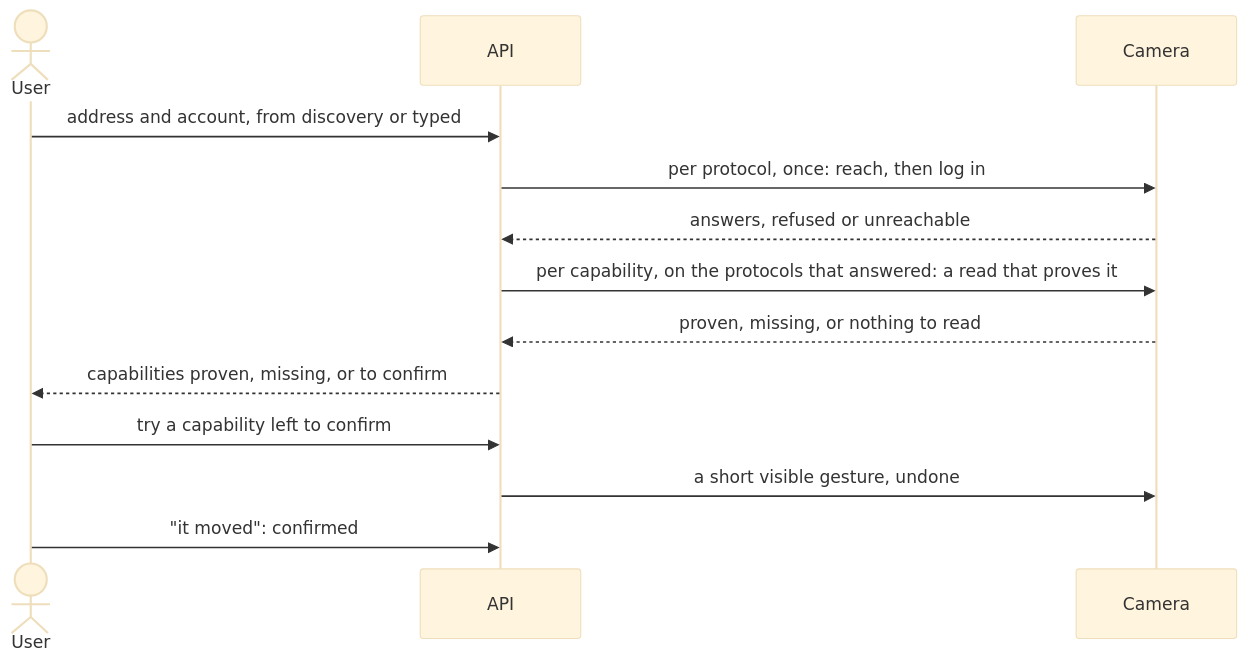
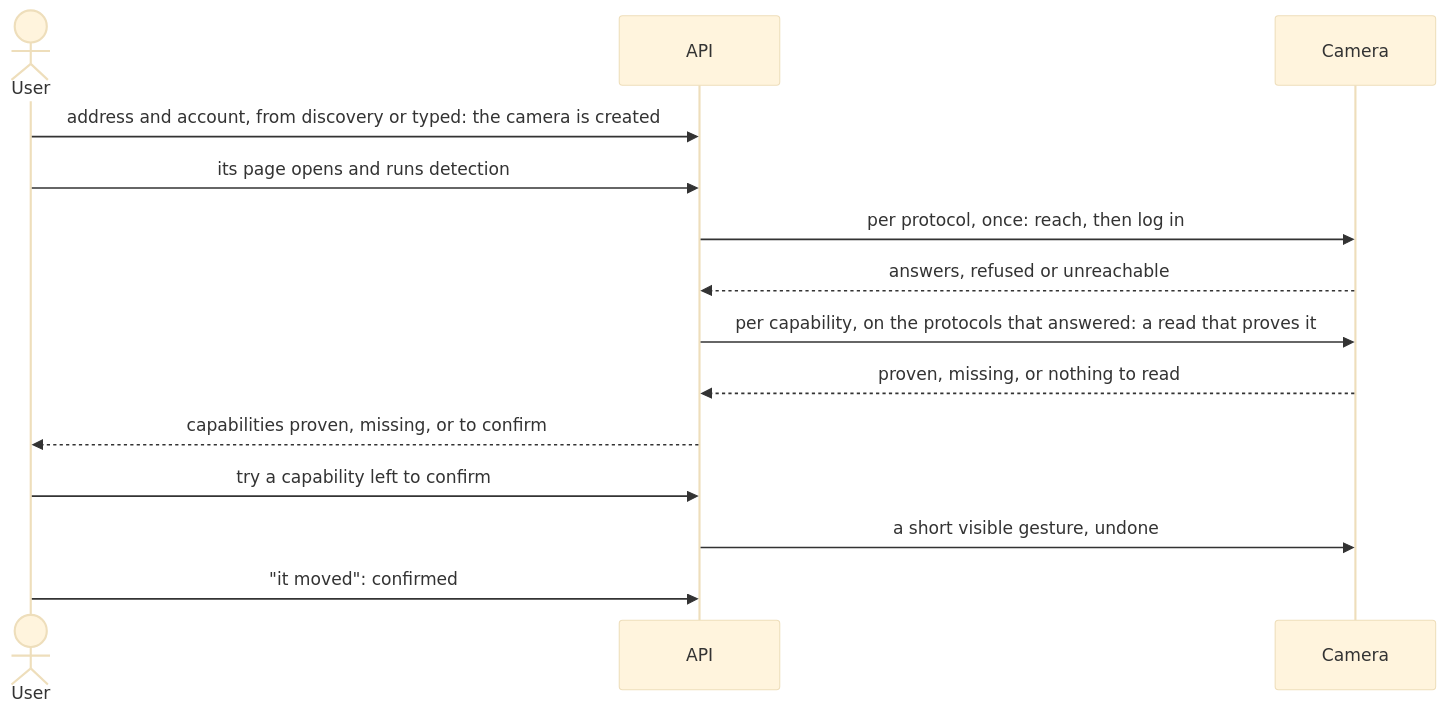
The fourth of 6 diagrams in docs/SAD.md (KelianS/vyzio), drawn with Mermaid (base theme) before and after one commit. The commit also changed other lines of this file and 11 other files, not shown here.

Commit message:
docs(cameras): frame creating a camera from its access alone (#266)

````diff
--- a/docs/SAD.md
+++ b/docs/SAD.md
@@ -164,15 +165,16 @@
 ```mermaid
 sequenceDiagram
     actor U as User
     participant A as API
     participant C as Camera
-    U->>A: address and account, from discovery or typed
+    U->>A: address and account, from discovery or typed: the camera is created
+    U->>A: its page opens and runs detection
     A->>C: per protocol, once: reach, then log in
     C-->>A: answers, refused or unreachable
     A->>C: per capability, on the protocols that answered: a read that proves it
     C-->>A: proven, missing, or nothing to read
     A-->>U: capabilities proven, missing, or to confirm
     U->>A: try a capability left to confirm
     A->>C: a short visible gesture, undone
     U->>A: "it moved": confirmed
 ```
````
